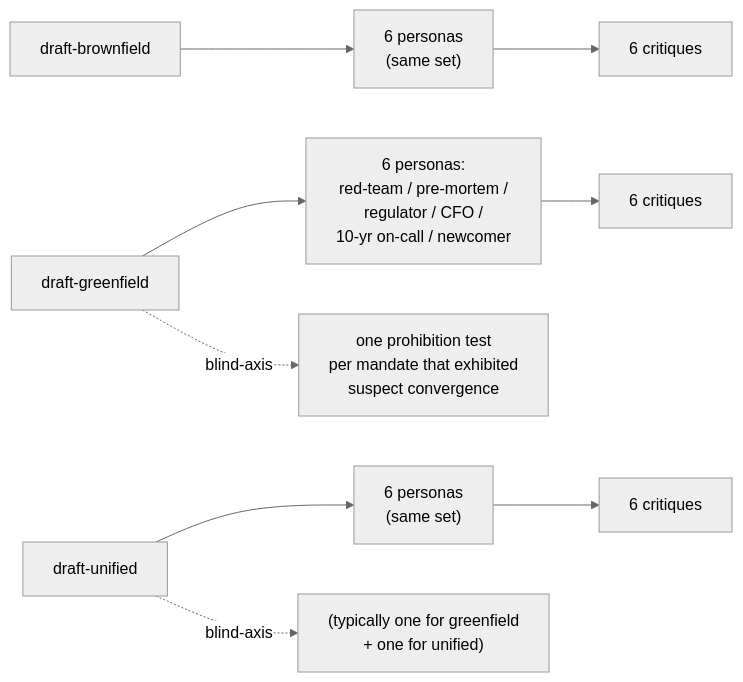
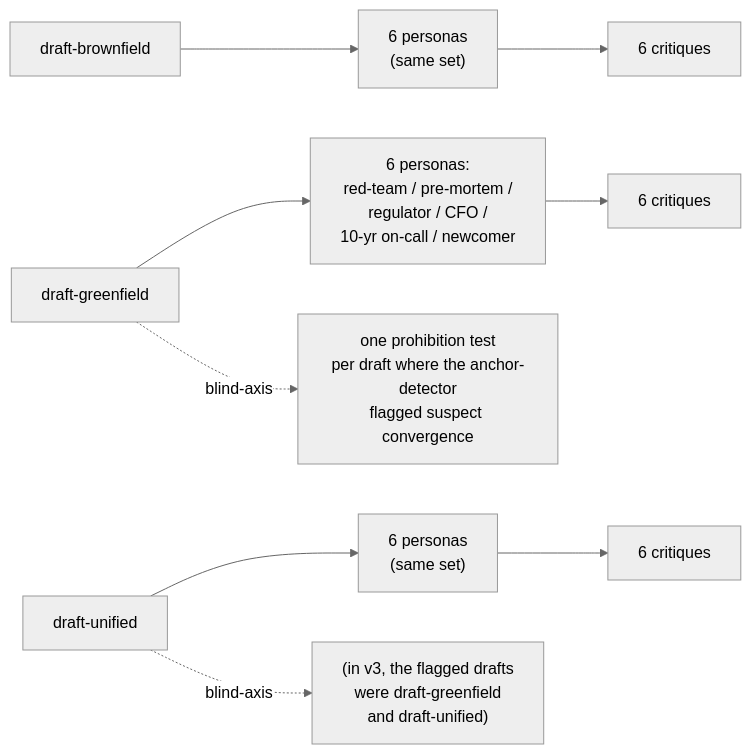
Before and after one commit to lago-morph/software-factory: the sixth of 11 diagrams in research-plan-v3-primer.md, drawn with Mermaid (neutral theme). The commit also changed other lines of this file, not shown here.

````diff
--- a/research-plan-v3-primer.md
+++ b/research-plan-v3-primer.md
@@ -137,13 +137,13 @@
 ```mermaid
 flowchart LR
     DG["draft-greenfield"] --> RG["6 personas:<br/>red-team / pre-mortem /<br/>regulator / CFO /<br/>10-yr on-call / newcomer"]
     DB["draft-brownfield"] --> RB["6 personas<br/>(same set)"]
     DU["draft-unified"] --> RU["6 personas<br/>(same set)"]
 
     RG --> CG["6 critiques"]
     RB --> CB["6 critiques"]
     RU --> CU["6 critiques"]
 
-    DG -.->|"blind-axis"| D7G["one prohibition test<br/>per mandate that exhibited<br/>suspect convergence"]
-    DU -.->|"blind-axis"| D7U["(typically one for greenfield<br/>+ one for unified)"]
+    DG -.->|"blind-axis"| D7G["one prohibition test<br/>per draft where the anchor-detector<br/>flagged suspect convergence"]
+    DU -.->|"blind-axis"| D7U["(in v3, the flagged drafts<br/>were draft-greenfield<br/>and draft-unified)"]
 ```
````
